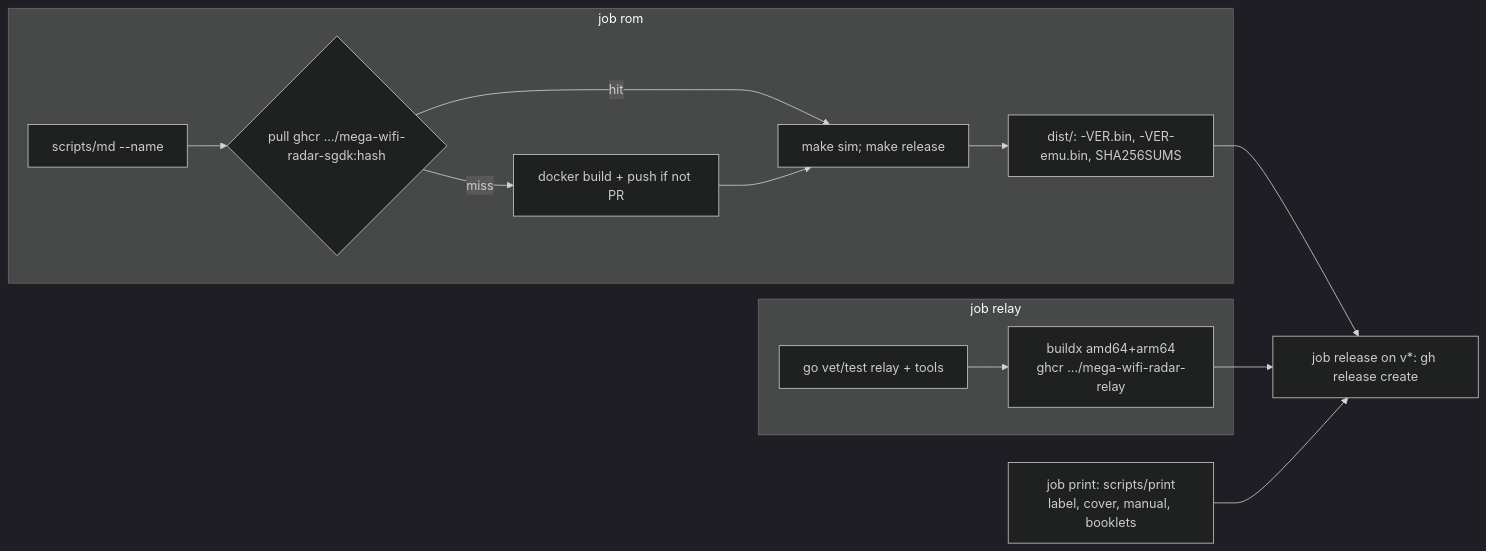
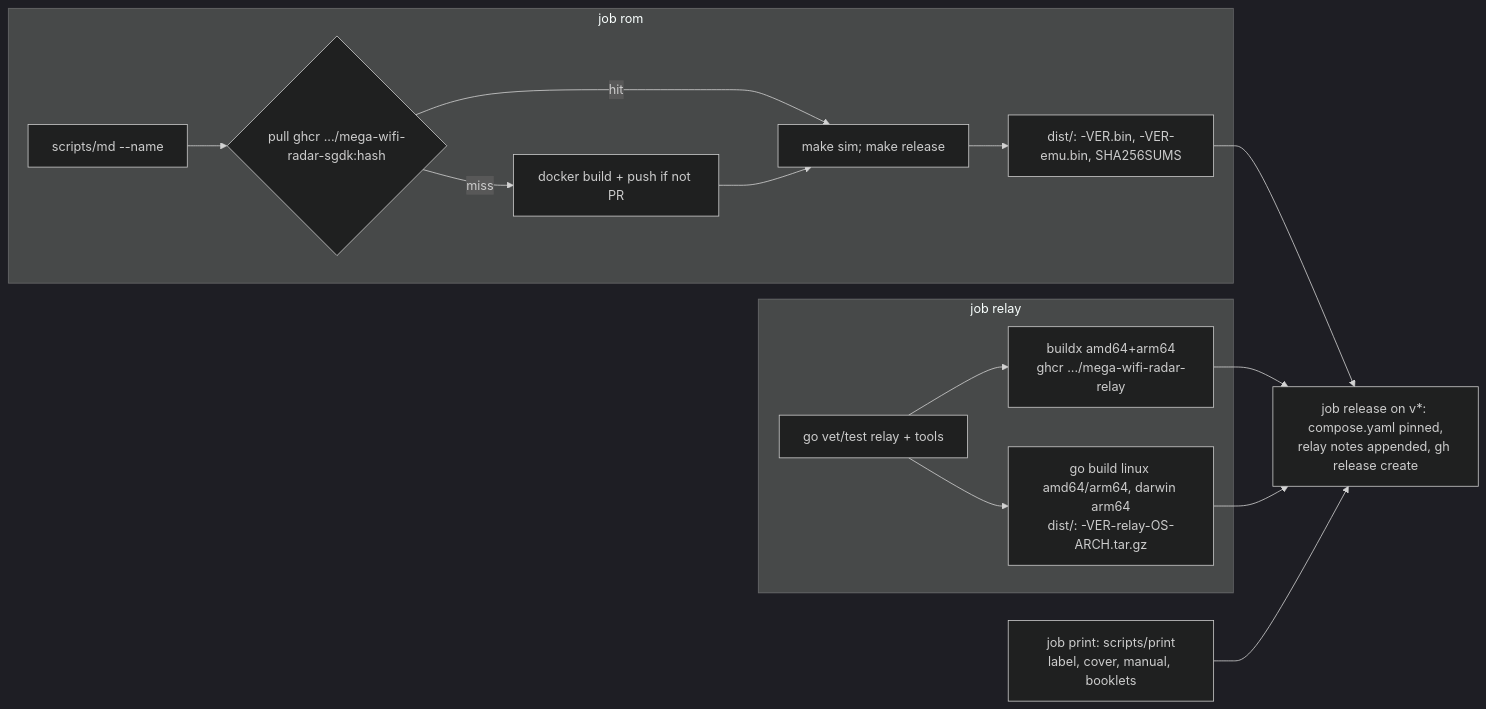
One commit to jfryman/mega-wifi-radar changed the diagram in lode/build/ci-release.md. Above: the diagram before and after it, drawn with Mermaid (dark theme). The commit also changed other lines of this file and 6 other files, not shown here.

First line of the commit message:
Release: ship the relay with every release (pinned compose file, binaries, notes)

````diff
--- a/lode/build/ci-release.md
+++ b/lode/build/ci-release.md
@@ -7,15 +7,17 @@
 ```mermaid
 flowchart LR
   subgraph rom[job rom]
     N[scripts/md --name] --> P{pull ghcr .../mega-wifi-radar-sgdk:hash}
     P -- miss --> B[docker build + push if not PR]
     P -- hit --> M
     B --> M[make sim; make release] --> D[dist/: -VER.bin, -VER-emu.bin, SHA256SUMS]
   end
   subgraph relay[job relay]
     T[go vet/test relay + tools] --> X[buildx amd64+arm64<br/>ghcr .../mega-wifi-radar-relay]
+    T --> G[go build linux amd64/arm64, darwin arm64<br/>dist/: -VER-relay-OS-ARCH.tar.gz]
   end
-  D --> R[job release on v*: gh release create]
+  D --> R[job release on v*: compose.yaml pinned,<br/>relay notes appended, gh release create]
   X --> R
+  G --> R
   PR[job print: scripts/print<br/>label, cover, manual, booklets] --> R
 ```
````
